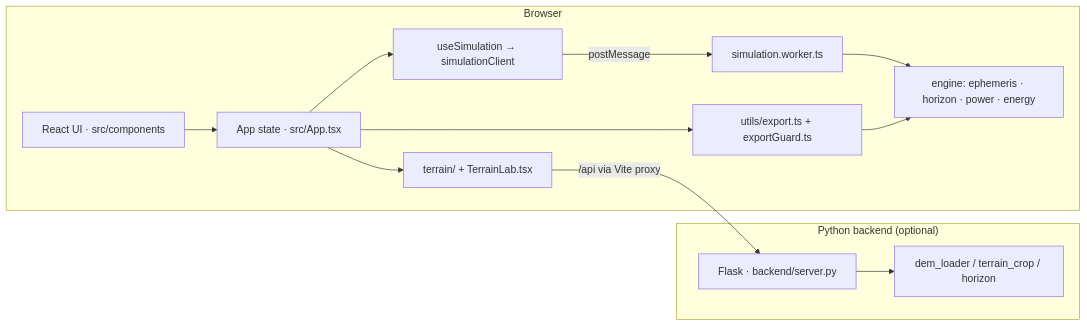
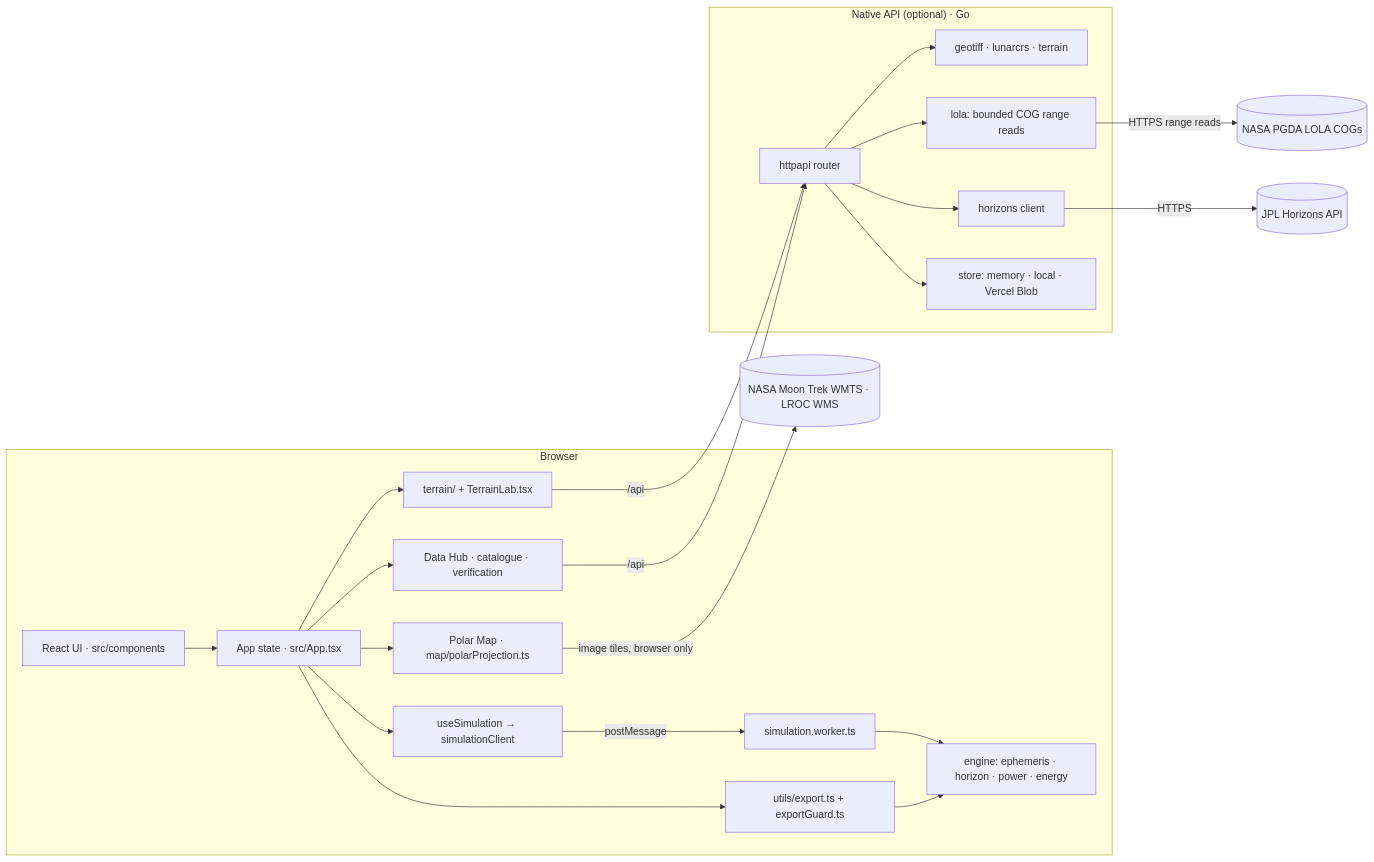
Before and after one commit to Hemansh2633B/Clps-lunar-mission: the diagram in docs/architecture/overview.md, drawn with Mermaid. The commit also changed other lines of this file and 11 other files, not shown here.

First line of the commit message:
Docs for v1.12: architecture, method, verification, deployment, known issues

````diff
--- a/docs/architecture/overview.md
+++ b/docs/architecture/overview.md
@@ -10,25 +11,39 @@
 ```mermaid
 flowchart LR
     subgraph Browser
         UI[React UI · src/components]
         App[App state · src/App.tsx]
         Hook[useSimulation → simulationClient]
         Worker[simulation.worker.ts]
         Engine[engine: ephemeris · horizon · power · energy]
         Export[utils/export.ts + exportGuard.ts]
         Terrain[terrain/ + TerrainLab.tsx]
+        Hub[Data Hub · catalogue · verification]
+        Map[Polar Map · map/polarProjection.ts]
         UI --> App
         App --> Hook
         Hook -->|postMessage| Worker
         Worker --> Engine
         App --> Export
         Export --> Engine
         App --> Terrain
+        App --> Hub
+        App --> Map
     end
-    subgraph "Python backend (optional)"
-        API[Flask · backend/server.py]
-        DEM[dem_loader / terrain_crop / horizon]
+    subgraph "Native API (optional) · Go"
+        API[httpapi router]
+        DEM[geotiff · lunarcrs · terrain]
+        Acq[lola: bounded COG range reads]
+        Hor[horizons client]
+        Store[store: memory · local · Vercel Blob]
         API --> DEM
+        API --> Acq
+        API --> Hor
+        API --> Store
     end
-    Terrain -->|/api via Vite proxy| API
+    Terrain -->|/api| API
+    Hub -->|/api| API
+    Map -->|image tiles, browser only| Trek[(NASA Moon Trek WMTS · LROC WMS)]
+    Acq -->|HTTPS range reads| PGDA[(NASA PGDA LOLA COGs)]
+    Hor -->|HTTPS| JPL[(JPL Horizons API)]
 ```
````
